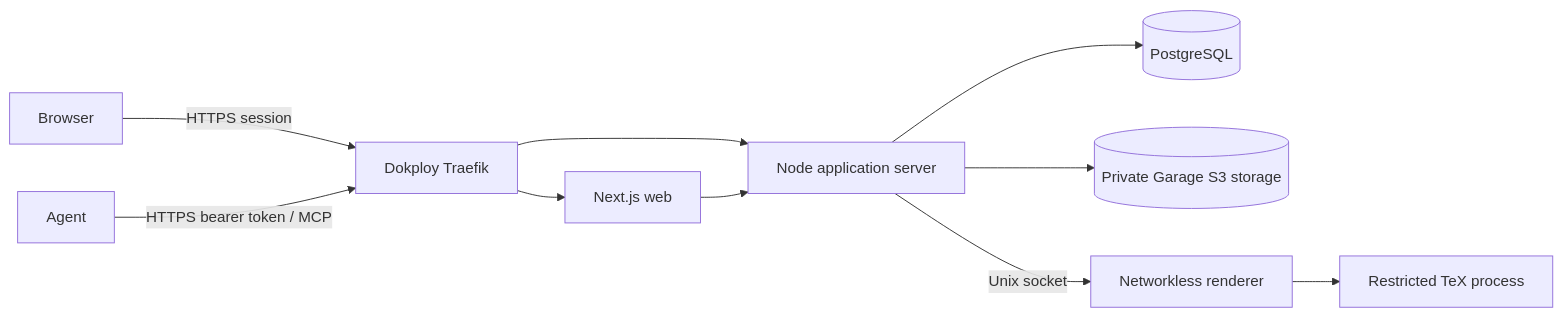
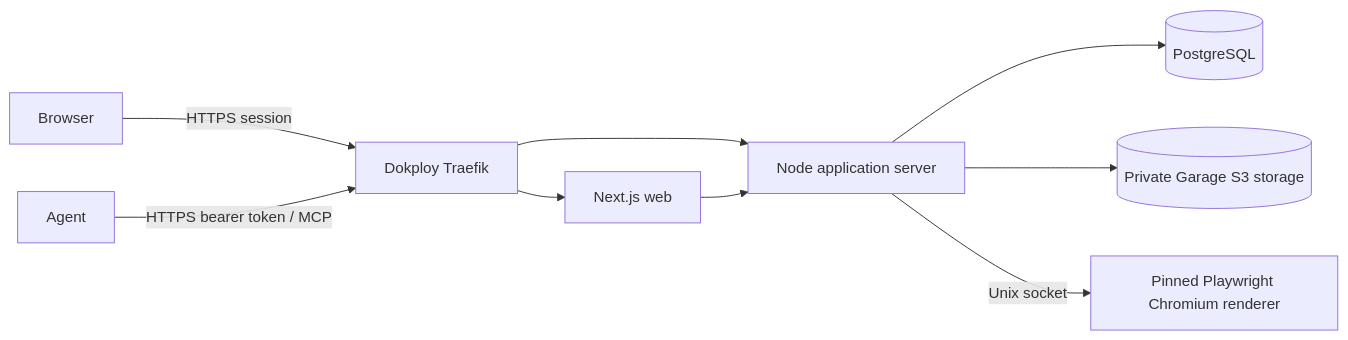
One commit to hypersimple-ch/hypergendoc changed the first of 2 diagrams in docs/architecture/mvp.md. Above: the diagram before and after it, drawn with Mermaid. The commit also changed other lines of this file and 54 other files, not shown here.

````diff
--- a/docs/architecture/mvp.md
+++ b/docs/architecture/mvp.md
@@ -11,12 +11,11 @@
 ```mermaid
 flowchart LR
   Browser -->|HTTPS session| Traefik[Dokploy Traefik]
   Agent -->|HTTPS bearer token / MCP| Traefik
   Traefik --> Web[Next.js web]
   Traefik --> Server[Node application server]
   Web --> Server
   Server --> Postgres[(PostgreSQL)]
   Server --> Objects[(Private Garage S3 storage)]
-  Server -->|Unix socket| Renderer[Networkless renderer]
-  Renderer --> TeX[Restricted TeX process]
+  Server -->|Unix socket| Renderer[Pinned Playwright Chromium renderer]
 ```
````
